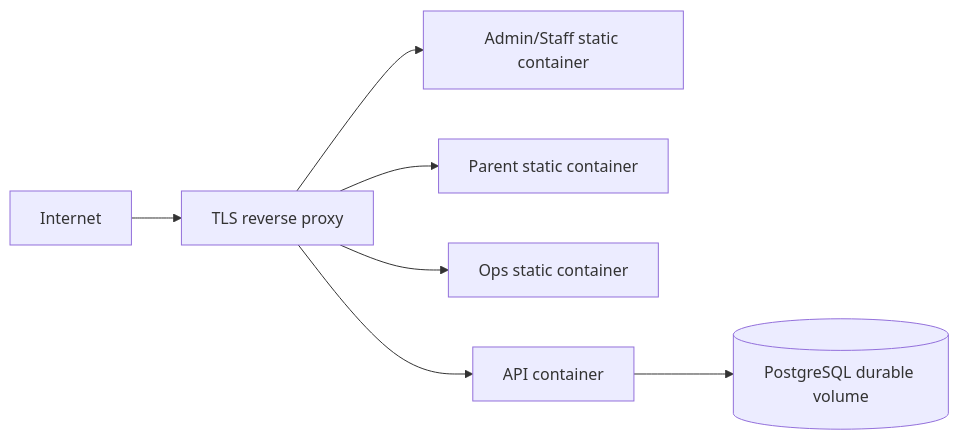
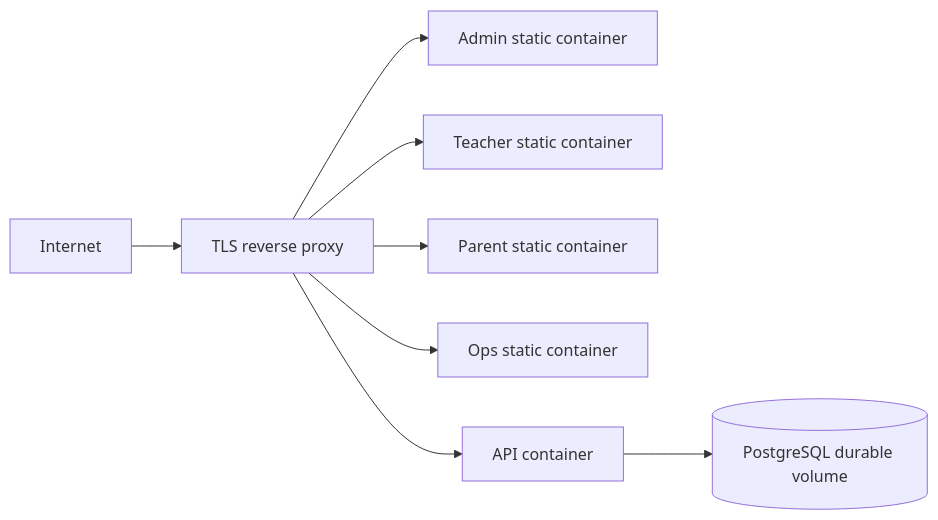
One commit to tonytippi/anhhoa changed the fourth of 4 diagrams in _bmad-output/planning-artifacts/architecture/architecture-passionedu-2026-09-04/ARCHITECTURE-SPINE.md. Above: the diagram before and after it, drawn with Mermaid. The commit also changed other lines of this file and 8 other files, not shown here.

````diff
--- a/_bmad-output/planning-artifacts/architecture/architecture-passionedu-2026-09-04/ARCHITECTURE-SPINE.md
+++ b/_bmad-output/planning-artifacts/architecture/architecture-passionedu-2026-09-04/ARCHITECTURE-SPINE.md
@@ -214,9 +216,10 @@
 ```mermaid
 flowchart LR
   Internet --> Proxy[TLS reverse proxy]
-  Proxy --> App[Admin/Staff static container]
+  Proxy --> App[Admin static container]
+  Proxy --> Teacher[Teacher static container]
   Proxy --> Parent[Parent static container]
   Proxy --> Ops[Ops static container]
   Proxy --> Api[API container]
   Api --> Pg[(PostgreSQL durable volume)]
 ```
````
